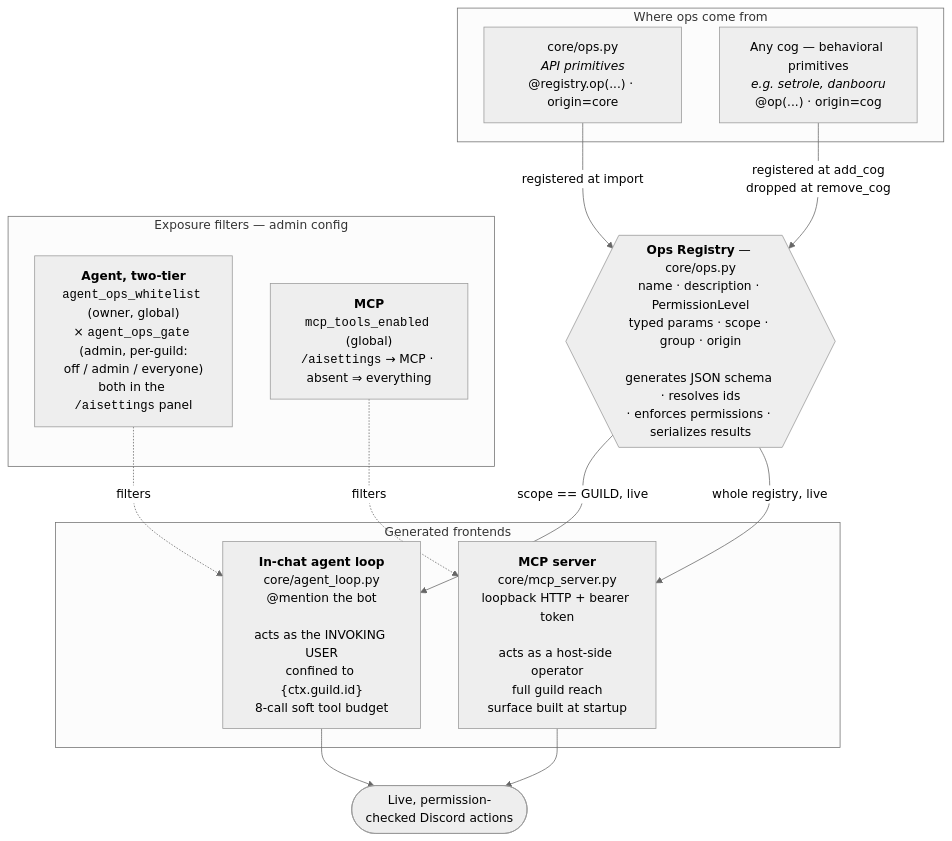
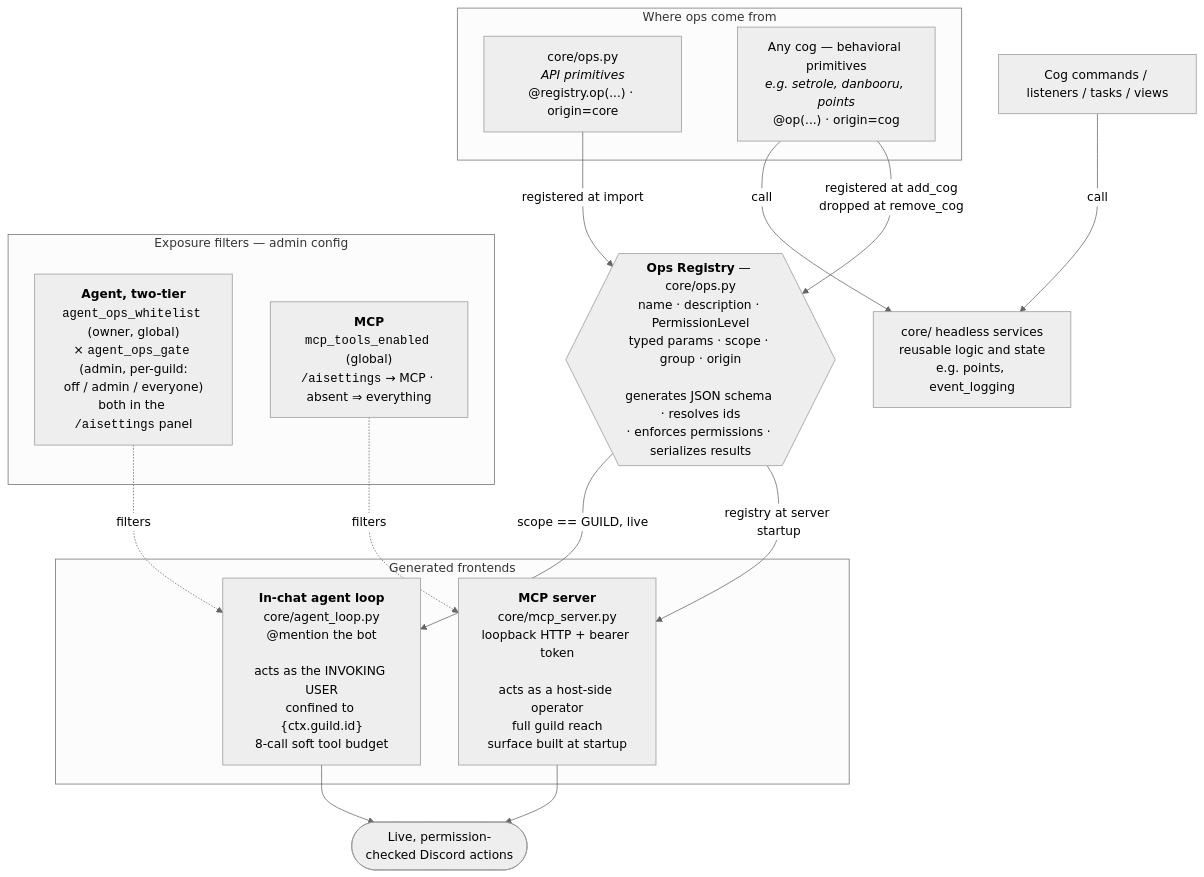
One commit to dudebot/literallybot changed the first of 2 diagrams in README.md. Above: the diagram before and after it, drawn with Mermaid (neutral theme). The commit also changed other lines of this file and 60 other files, not shown here.

````diff
--- a/README.md
+++ b/README.md
@@ -86,31 +95,36 @@
 ```mermaid
 flowchart TB
     subgraph SRC["Where ops come from"]
         CORE["core/ops.py<br/><i>API primitives</i><br/>@registry.op(...) · origin=core"]
-        COG["Any cog — behavioral primitives<br/><i>e.g. setrole, danbooru</i><br/>@op(...) · origin=cog"]
+        COG["Any cog — behavioral primitives<br/><i>e.g. setrole, danbooru, points</i><br/>@op(...) · origin=cog"]
     end
+
+    SERVICE["core/ headless services<br/>reusable logic and state<br/>e.g. points, event_logging"]
+    COMMAND["Cog commands / listeners / tasks / views"]
+    COMMAND -->|"call"| SERVICE
+    COG -->|"call"| SERVICE
 
     REG{{"<b>Ops Registry</b> — core/ops.py<br/>name · description · PermissionLevel<br/>typed params · scope · group · origin<br/><br/>generates JSON schema · resolves ids<br/>· enforces permissions · serializes results"}}
 
     CORE -->|"registered at import"| REG
     COG -->|"registered at add_cog<br/>dropped at remove_cog"| REG
 
     subgraph FE["Generated frontends"]
         AGENT["<b>In-chat agent loop</b><br/>core/agent_loop.py<br/>@mention the bot<br/><br/>acts as the INVOKING USER<br/>confined to {ctx.guild.id}<br/>8-call soft tool budget"]
         MCP["<b>MCP server</b><br/>core/mcp_server.py<br/>loopback HTTP + bearer token<br/><br/>acts as a host-side operator<br/>full guild reach<br/>surface built at startup"]
     end
 
     REG -->|"scope == GUILD, live"| AGENT
-    REG -->|"whole registry, live"| MCP
+    REG -->|"registry at server startup"| MCP
 
     subgraph CFG["Exposure filters — admin config"]
         WL["<b>Agent, two-tier</b><br/><code>agent_ops_whitelist</code> (owner, global)<br/>× <code>agent_ops_gate</code> (admin, per-guild:<br/>off / admin / everyone)<br/>both in the <code>/aisettings</code> panel"]
         MT["<b>MCP</b><br/><code>mcp_tools_enabled</code> (global)<br/><code>/aisettings</code> → MCP · absent ⇒ everything"]
     end
 
     WL -.->|"filters"| AGENT
     MT -.->|"filters"| MCP
 
     AGENT --> OUT(["Live, permission-checked Discord actions"])
     MCP --> OUT
 ```
````
